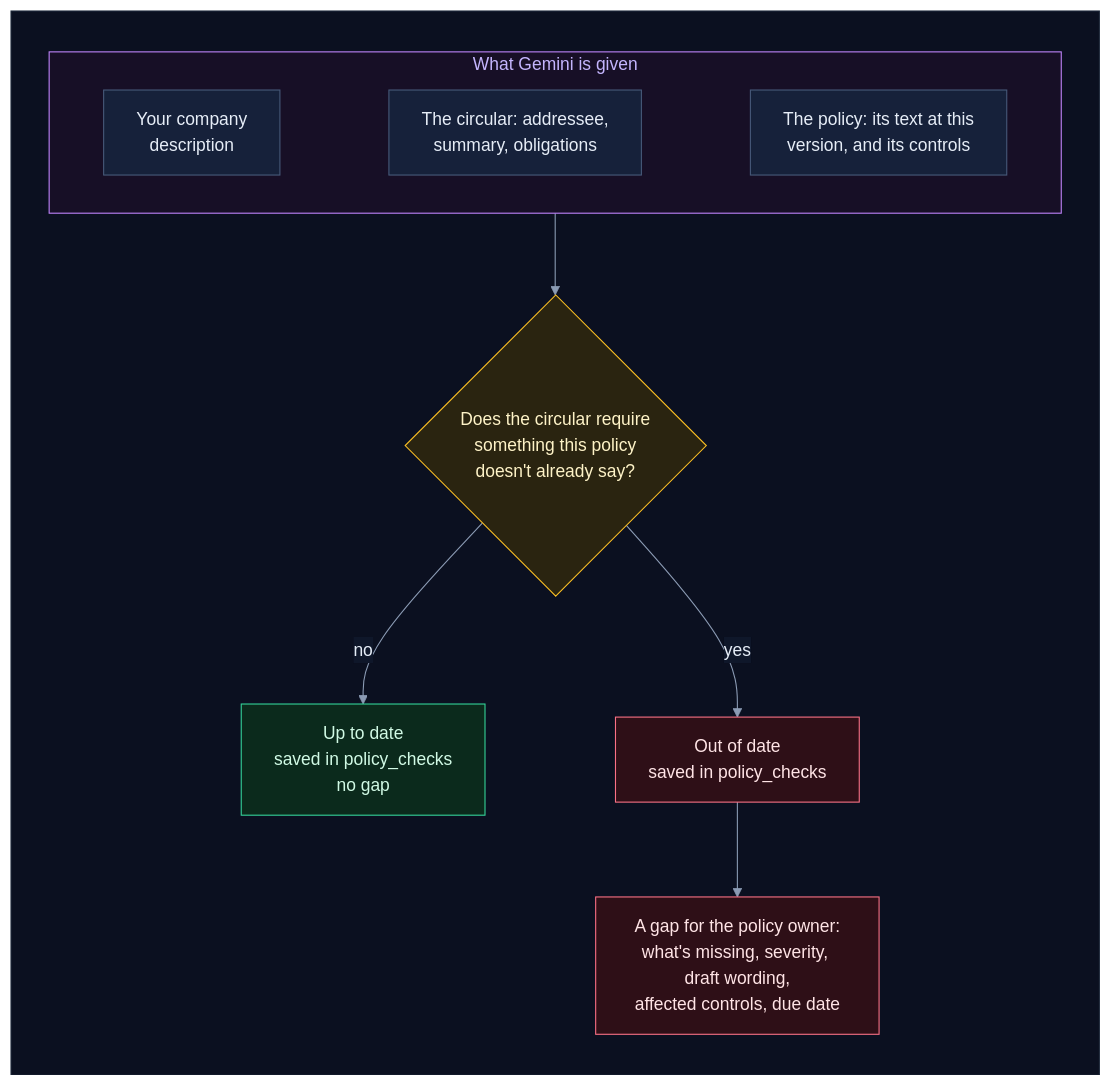
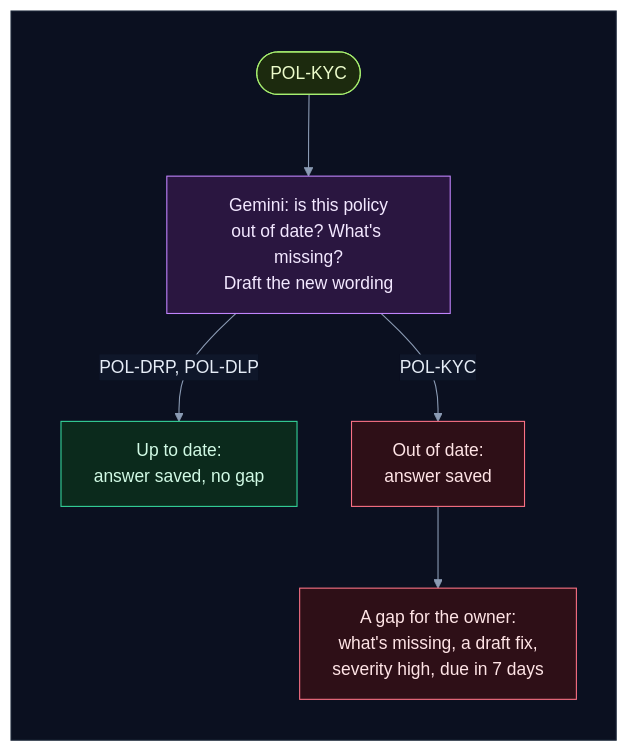
One commit to selvakumarperumal/Regulatory_Circular_Impact_Agent changed diagram 14 of 52 in how_it_works.md. Above: the diagram before and after it, drawn with Mermaid. The commit also changed other lines of this file and 3 other files, not shown here.

First line of the commit message:
Rewrite how_it_works.md in plain words, a diagram per step

````diff
--- a/how_it_works.md
+++ b/how_it_works.md
@@ -880,33 +704,26 @@
 ```mermaid
 %%{init: {"theme": "base", "flowchart": {"diagramPadding": 0}, "themeVariables": {"darkMode": true, "primaryColor": "#16213a", "primaryTextColor": "#e6edf7", "primaryBorderColor": "#475a7a", "lineColor": "#8b9bb4", "secondaryColor": "#1b2436", "tertiaryColor": "#101a2e", "edgeLabelBackground": "#0f172a", "textColor": "#e2e8f0", "clusterBkg": "#0f1728", "clusterBorder": "#2b3a55", "titleColor": "#c4b5fd", "nodeTextColor": "#e6edf7"}}}%%
 flowchart TD
     subgraph canvas[" "]
         direction TB
-        subgraph input["What Gemini is given"]
-            direction LR
-            co["Your company<br/>description"]
-            ci["The circular: addressee,<br/>summary, obligations"]
-            po["The policy: its text at this<br/>version, and its controls"]
-            co ~~~ ci ~~~ po
-        end
-        input --> q{"Does the circular require<br/>something this policy<br/>doesn't already say?"}
-        q -->|no| ok["Up to date<br/>saved in policy_checks<br/>no gap"]
-        q -->|yes| bad["Out of date<br/>saved in policy_checks"]
-        bad --> gap["A gap for the policy owner:<br/>what's missing, severity, draft wording,<br/>affected controls, due date"]
+        p(["POL-KYC"]) --> g["Gemini: is this policy<br/>out of date? What's missing?<br/>Draft the new wording"]
+        g -->|"POL-DRP, POL-DLP"| up["Up to date:<br/>answer saved, no gap"]
+        g -->|"POL-KYC"| od["Out of date:<br/>answer saved"]
+        od --> gap["A gap for the owner:<br/>what's missing, a draft fix,<br/>severity high, due in 7 days"]
     end
-
     classDef svc fill:#0e2a2c,stroke:#2dd4bf,color:#ccfbf1
     classDef data fill:#1c1a47,stroke:#818cf8,color:#e0e7ff
     classDef ext fill:#2a1640,stroke:#c084fc,color:#f3e8ff
     classDef gpu fill:#2d1b0c,stroke:#fb923c,color:#ffedd5
     classDef ask fill:#2a2410,stroke:#fbbf24,color:#fef3c7
     classDef ok fill:#0b2a1c,stroke:#34d399,color:#d1fae5
     classDef bad fill:#2e0f17,stroke:#fb7185,color:#ffe4e6
     classDef start fill:#1c2a0e,stroke:#a7ef6f,color:#ecfccb
     classDef muted fill:#1a2130,stroke:#64748b,color:#cbd5e1
-    class q ask
-    class ok ok
-    class bad,gap bad
-    style input fill:#170f26,stroke:#c084fc
+    classDef queue fill:#0c2231,stroke:#38bdf8,color:#e0f2fe
+    class p start
+    class g ext
+    class up ok
+    class od,gap bad
     style canvas fill:#0b1020,stroke:#1e293b,color:#0b1020
 ```
````
